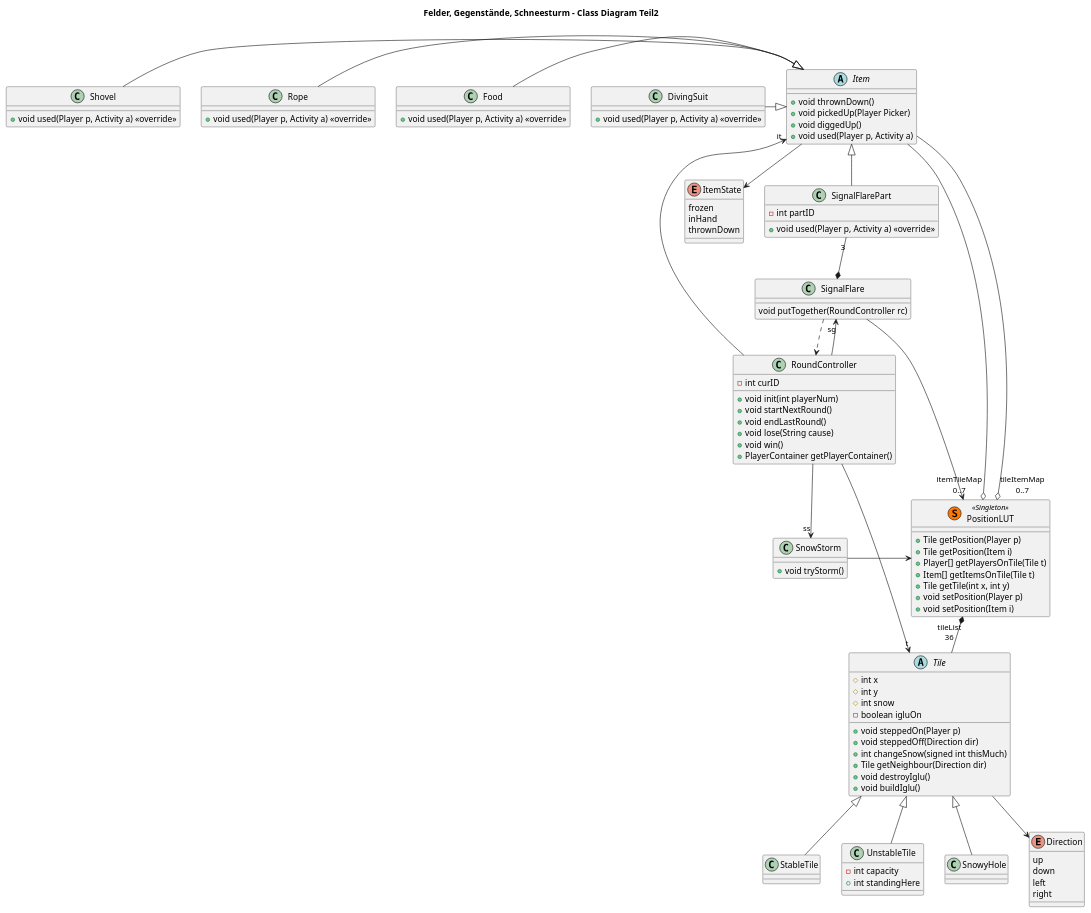
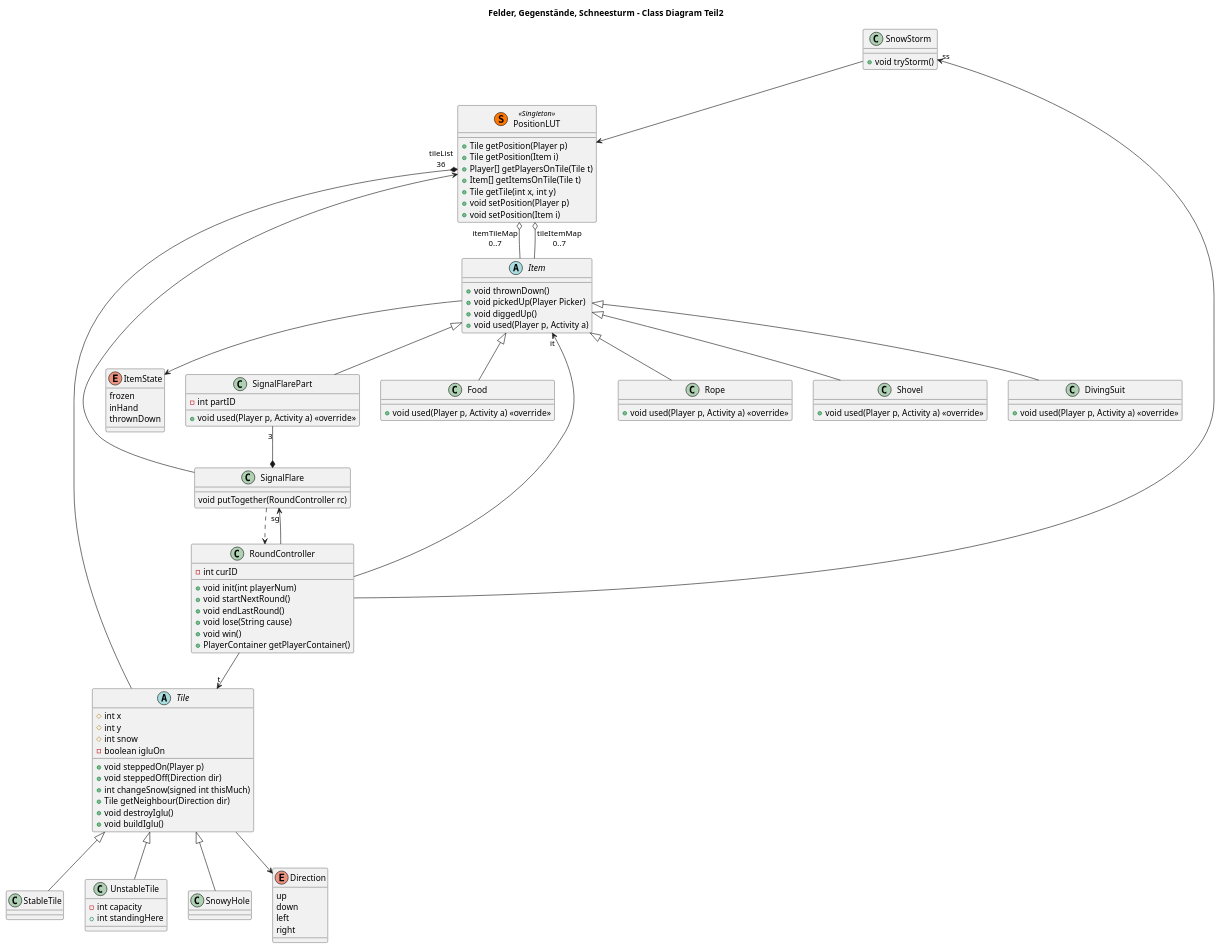
Before and after one commit to AdamZsofi/deutsch-overflow: the diagram in class_diagram_kicsi_nemSpieler.puml, drawn with PlantUML.

Commit message:
Update class_diagram_kicsi_nemSpieler.puml
Layout changes - now for real, this time

```diff
--- a/class_diagram_kicsi_nemSpieler.puml
+++ b/class_diagram_kicsi_nemSpieler.puml
@@ -1,123 +1,123 @@
 @startuml 
 
 title Felder, Gegenstände, Schneesturm - Class Diagram Teil2
 
 class SnowStorm { 
     +void tryStorm() 
 } 
 
 abstract class Item { 
     +void thrownDown() 
     +void pickedUp(Player Picker) 
     +void diggedUp() 
     +void used(Player p, Activity a) 
 } 
 
 class Food { 
     +void used(Player p, Activity a) <<override>> 
 } 
 
 class Rope { 
     +void used(Player p, Activity a) <<override>> 
 } 
 
 class Shovel { 
     +void used(Player p, Activity a) <<override>> 
 } 
 
 class DivingSuit { 
     +void used(Player p, Activity a) <<override>> 
 } 
 
 class SignalFlarePart { 
     -int partID 
     +void used(Player p, Activity a) <<override>> 
 } 
 
 Item <|-- SignalFlarePart 
-Item <|-left- Food 
-Item <|-left- Rope 
-Item <|-left- Shovel 
-Item <|-left- DivingSuit 
+Item <|-- Food 
+Item <|-- Rope 
+Item <|-- Shovel 
+Item <|-- DivingSuit 
 
 class SignalFlare { 
     void putTogether(RoundController rc) 
 } 
 
 SignalFlarePart "3"--* SignalFlare 
 SignalFlare ..> RoundController 
 SignalFlare --> PositionLUT 
 
 abstract class Tile { 
     #int x 
     #int y 
     #int snow 
     -boolean igluOn 
     +void steppedOn(Player p) 
     +void steppedOff(Direction dir) 
     +int changeSnow(signed int thisMuch) 
     +Tile getNeighbour(Direction dir)
     +void destroyIglu()
     +void buildIglu()
 } 
 
 class StableTile 
 class UnstableTile { 
     -int capacity 
     +int standingHere 
 } 
 
 class SnowyHole
 
 Tile <|-- StableTile 
 Tile <|-- UnstableTile 
 Tile <|-- SnowyHole 
 
 
 enum ItemState { 
     frozen 
     inHand 
     thrownDown 
 } 
 
 enum Direction { 
     up 
     down 
     left 
     right 
 } 
 
 Item -down-> ItemState 
 Tile --> Direction
 
 class PositionLUT << (S,#FF7700) Singleton >> { 
     +Tile getPosition(Player p) 
     +Tile getPosition(Item i) 
     +Player[] getPlayersOnTile(Tile t) 
     +Item[] getItemsOnTile(Tile t) 
     +Tile getTile(int x, int y) 
     +void setPosition(Player p) 
     +void setPosition(Item i) 
 } 
 
 PositionLUT "tileList\n36" *-- Tile 
 PositionLUT "itemTileMap\n0..7" o-- Item 
 PositionLUT "tileItemMap\n0..7" o-- Item 
 
 class RoundController { 
     -int curID 
     +void init(int playerNum) 
     +void startNextRound() 
     +void endLastRound()
     +void lose(String cause) 
     +void win() 
     +PlayerContainer getPlayerContainer() 
 } 
 
 RoundController --> "ss"SnowStorm 
 RoundController --> "it"Item 
 RoundController --> "t"Tile 
 RoundController --> "sg"SignalFlare
-SnowStorm -right-> PositionLUT 
+SnowStorm --> PositionLUT 
 
 @enduml
```
